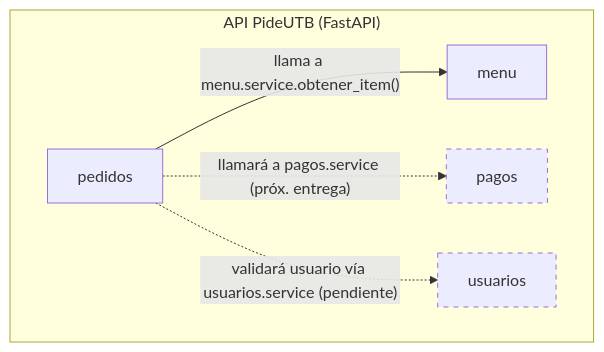
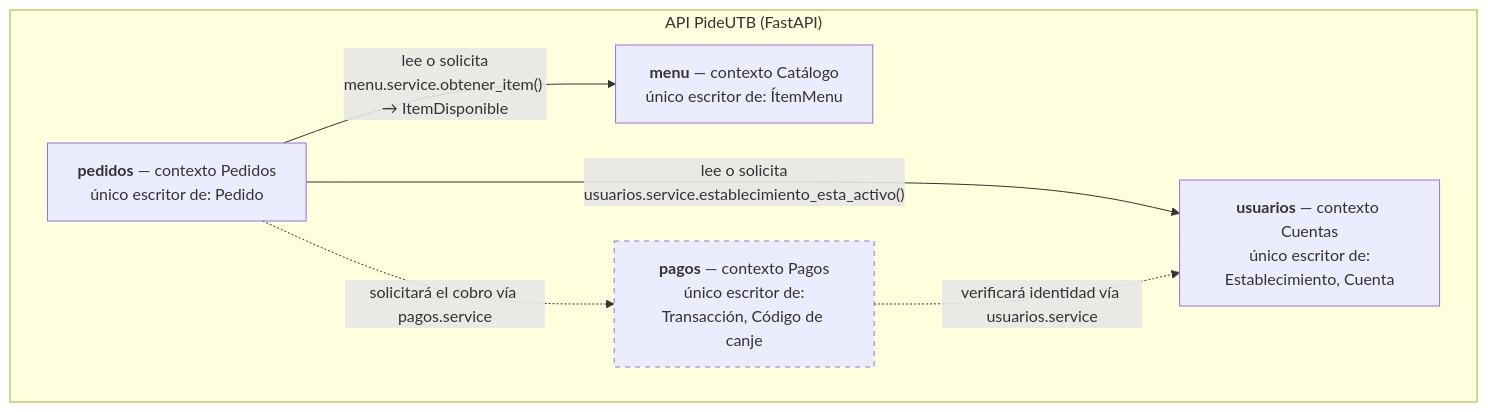
One commit to ISCOUTB/AS_202620_PideUtb changed the diagram in docs/c4/nivel3-modulos.md. Above: the diagram before and after it, drawn with Mermaid. The commit also changed other lines of this file and 1 other file, not shown here.

````diff
--- a/docs/c4/nivel3-modulos.md
+++ b/docs/c4/nivel3-modulos.md
@@ -15,15 +20,16 @@
 ``` mermaid
 graph TD
     subgraph API["API PideUTB (FastAPI)"]
-        M[menu]
-        P[pedidos]
-        PG[pagos]
-        U[usuarios]
+        M["<b>menu</b> — contexto Catálogo<br/>único escritor de: ÍtemMenu"]
+        P["<b>pedidos</b> — contexto Pedidos<br/>único escritor de: Pedido"]
+        U["<b>usuarios</b> — contexto Cuentas<br/>único escritor de:<br/>Establecimiento, Cuenta"]
+        PG["<b>pagos</b> — contexto Pagos<br/>único escritor de:<br/>Transacción, Código de canje"]
     end
-    P -->|"llama a menu.service.obtener_item()"| M
-    P -.->|"llamará a pagos.service (próx. entrega)"| PG
-    P -.->|"validará usuario vía usuarios.service (pendiente)"| U
+
+    P -->|"lee o solicita<br/>menu.service.obtener_item() → ItemDisponible"| M
+    P -->|"lee o solicita<br/>usuarios.service.establecimiento_esta_activo()"| U
+    P -.->|"solicitará el cobro vía pagos.service"| PG
+    PG -.->|"verificará identidad vía usuarios.service"| U
 
     style PG stroke-dasharray: 5 5
-    style U stroke-dasharray: 5 5
 ```
````
